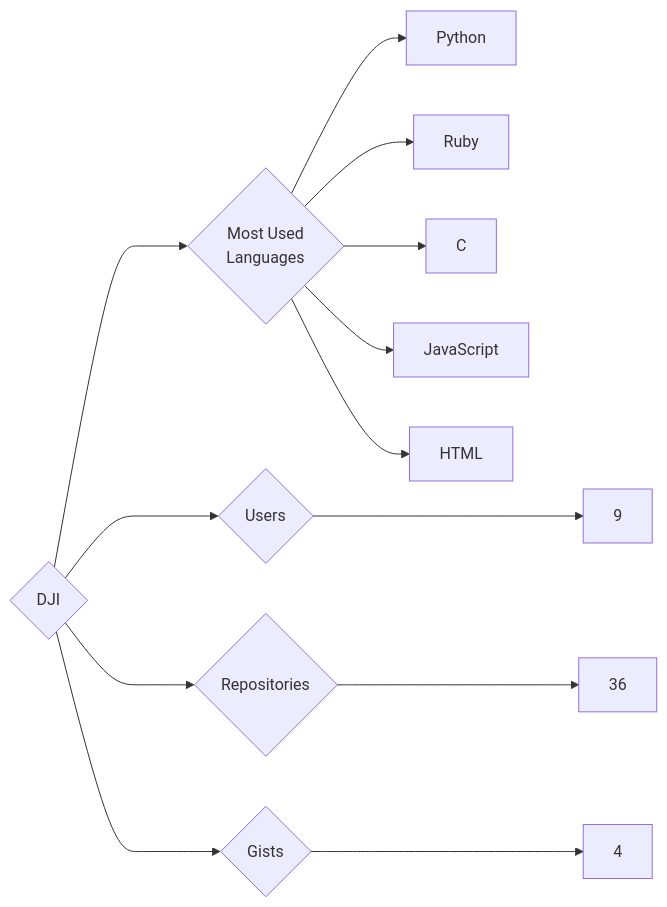
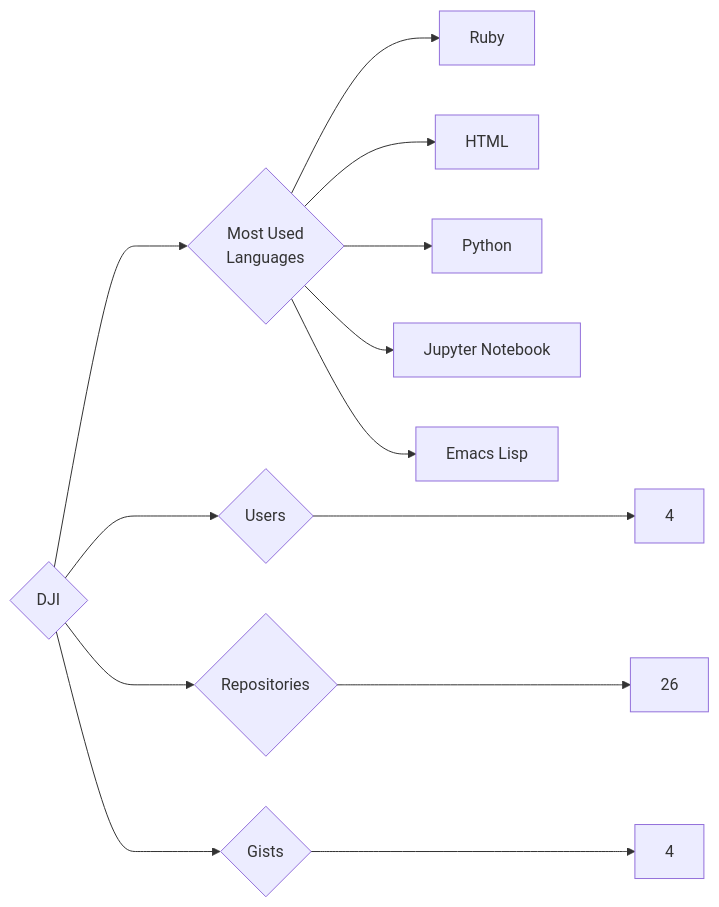
One commit to trickest/insiders changed the diagram in targets/DJI/README.md. Above: the diagram before and after it, drawn with Mermaid. The commit also changed 932 other files, not shown here.

````diff
--- a/targets/DJI/README.md
+++ b/targets/DJI/README.md
@@ -3,13 +3,13 @@
 ```mermaid
 graph LR
 COMPANY_NAME{DJI}
-COMPANY_NAME ---> U{Users} ---> UN[9]
-COMPANY_NAME ---> R{Repositories} ---> RN[36]
+COMPANY_NAME ---> U{Users} ---> UN[4]
+COMPANY_NAME ---> R{Repositories} ---> RN[26]
 COMPANY_NAME ---> G{Gists} ---> GN[4]
 COMPANY_NAME ---> ML{Most Used<br>Languages}
+ML --> Ruby[Ruby]
+ML --> HTML[HTML]
 ML --> Python[Python]
-ML --> Ruby[Ruby]
-ML --> C[C]
-ML --> JavaScript[JavaScript]
-ML --> HTML[HTML]
+ML --> Jupyter_Notebook[Jupyter Notebook]
+ML --> Emacs_Lisp[Emacs Lisp]
 ```
````
